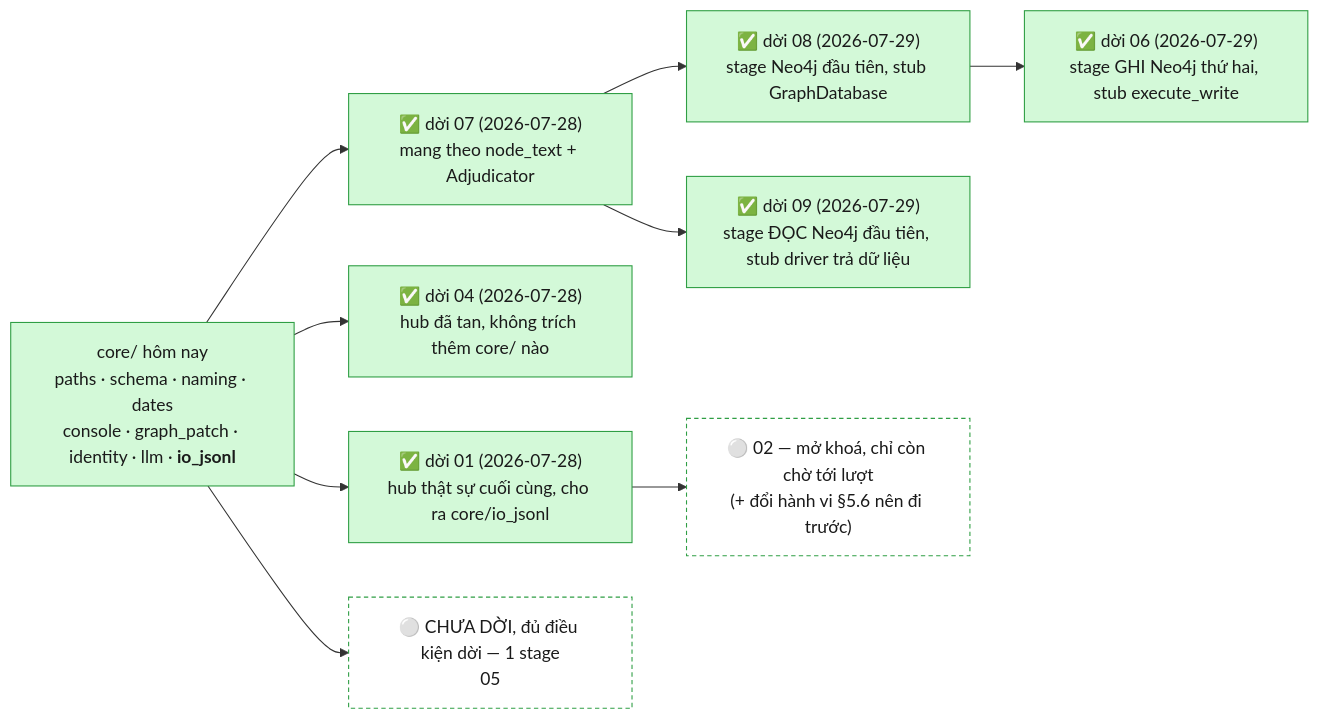
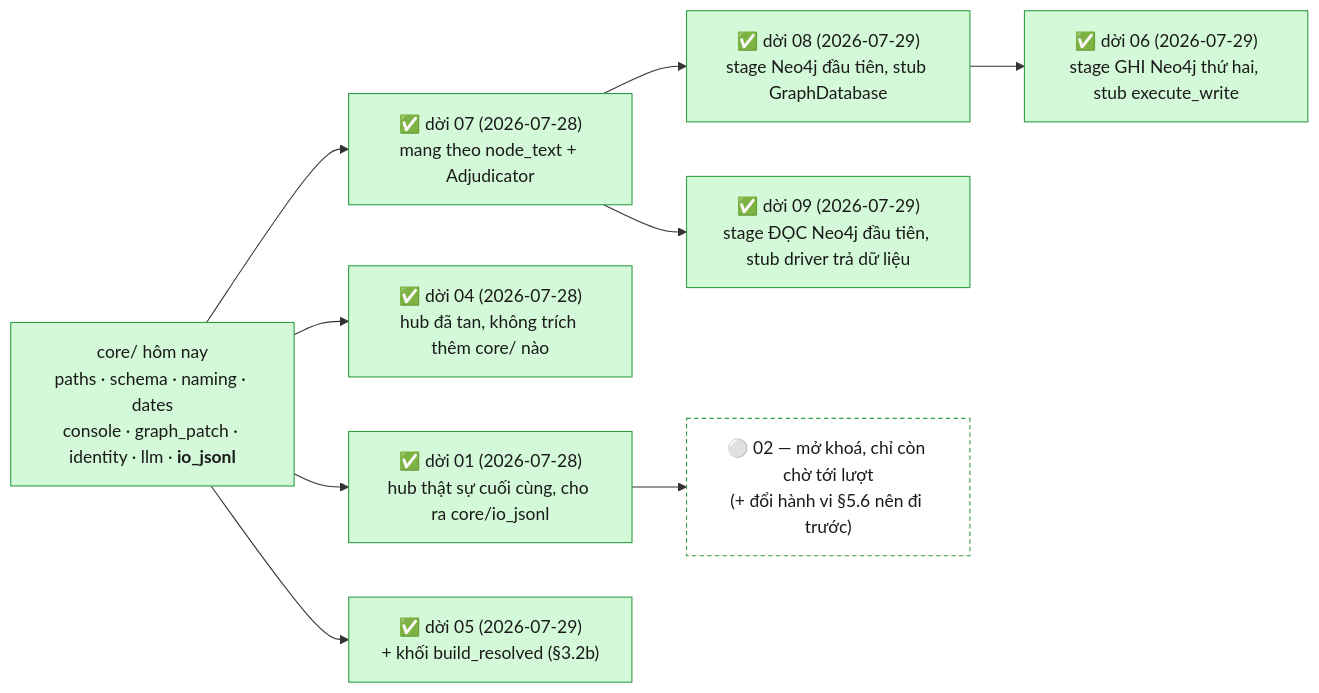
Before and after one commit to TranBaDat2607/capstone_test1: the second of 4 diagrams in src_module/PIPELINE.md, drawn with Mermaid. The commit also changed other lines of this file and 3 other files, not shown here.

````diff
--- a/src_module/PIPELINE.md
+++ b/src_module/PIPELINE.md
@@ -365,23 +416,23 @@
 ```mermaid
 flowchart LR
     classDef done fill:#d3f9d8,stroke:#2f9e44,color:#1a1a1a
     classDef ready fill:#ffffff,stroke:#2f9e44,stroke-dasharray:4 3,color:#1a1a1a
     classDef key  fill:#ffe3e3,stroke:#f03e3e,color:#1a1a1a
     classDef pend fill:#fff3bf,stroke:#e8a90c,color:#1a1a1a
 
     CORE["core/ hôm nay<br/>paths · schema · naming · dates<br/>console · graph_patch · identity · llm · <b>io_jsonl</b>"]:::done
     S07D["✅ dời 07 (2026-07-28)<br/>mang theo node_text + Adjudicator"]:::done
     S04D["✅ dời 04 (2026-07-28)<br/>hub đã tan, không trích thêm core/ nào"]:::done
     S01D["✅ dời 01 (2026-07-28)<br/>hub thật sự cuối cùng, cho ra core/io_jsonl"]:::done
     S08D["✅ dời 08 (2026-07-29)<br/>stage Neo4j đầu tiên, stub GraphDatabase"]:::done
     S06D["✅ dời 06 (2026-07-29)<br/>stage GHI Neo4j thứ hai, stub execute_write"]:::done
     S09D["✅ dời 09 (2026-07-29)<br/>stage ĐỌC Neo4j đầu tiên, stub driver trả dữ liệu"]:::done
-    READY["⚪ CHƯA DỜI, đủ điều kiện dời — 1 stage<br/>05"]:::ready
+    S05D2["✅ dời 05 (2026-07-29)<br/>+ khối build_resolved (§3.2b)"]:::done
     U3["⚪ 02 — mở khoá, chỉ còn chờ tới lượt<br/>(+ đổi hành vi §5.6 nên đi trước)"]:::ready
 
     CORE --> S07D --> S08D --> S06D
     S07D --> S09D
     CORE --> S04D
     CORE --> S01D --> U3
-    CORE --> READY
+    CORE --> S05D2
 ```
````
